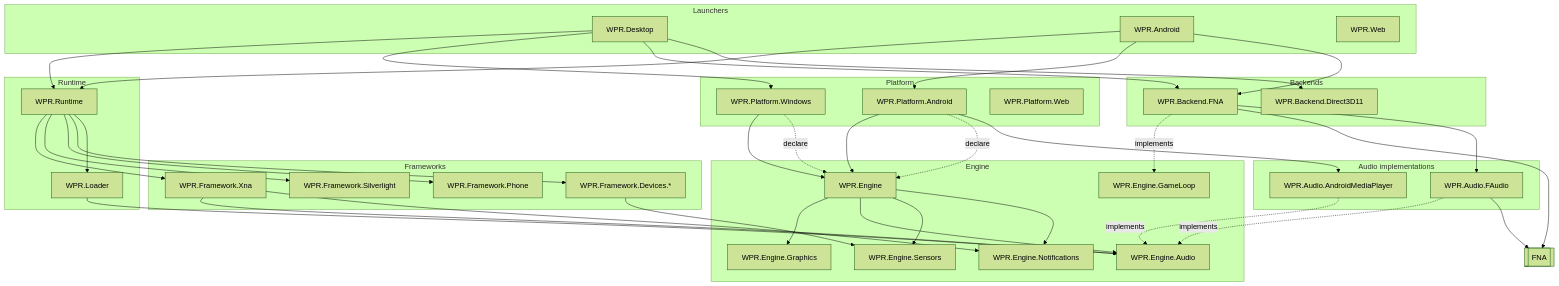
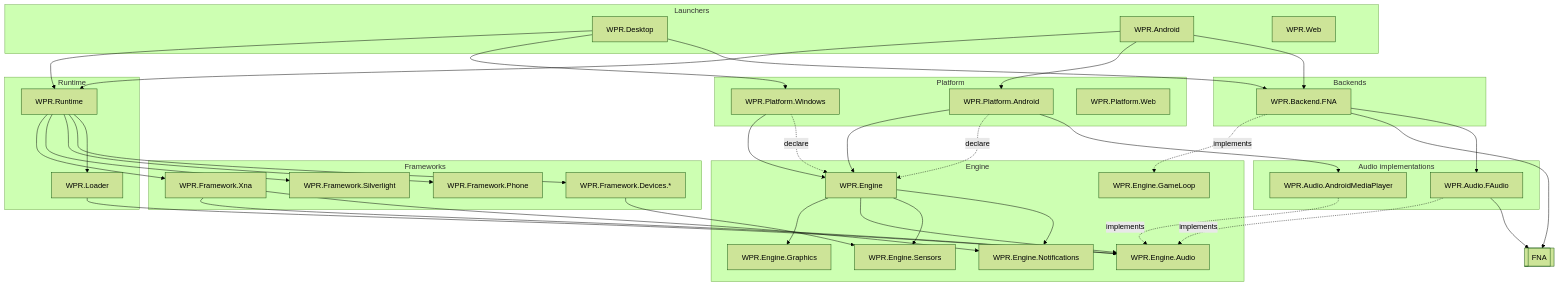
The diagram in Plans/ARCHITECTURE-MIGRATION.md (Bubbleshum/WPR), drawn with Mermaid (forest theme) before and after one commit. The commit also changed other lines of this file and 5 other files, not shown here.

First line of the commit message:
Docs: bring ARCHITECTURE and the plans up to date (RUNTIME-CONVERGENCE track 5)

````diff
--- a/Plans/ARCHITECTURE-MIGRATION.md
+++ b/Plans/ARCHITECTURE-MIGRATION.md
@@ -57,56 +70,55 @@
 ```mermaid
 graph TD
     subgraph Launchers
         DESK[WPR.Desktop]
         ANDR[WPR.Android]
         WEB[WPR.Web]
     end
     subgraph Platform
         PWIN[WPR.Platform.Windows]
         PAND[WPR.Platform.Android]
         PWEB[WPR.Platform.Web]
     end
     subgraph Runtime
         RUN[WPR.Runtime]
         LOAD[WPR.Loader]
     end
     subgraph Frameworks
         FXNA[WPR.Framework.Xna]
         FSL[WPR.Framework.Silverlight]
         FPH[WPR.Framework.Phone]
         FDEV[WPR.Framework.Devices.*]
     end
     subgraph Engine
         ENG[WPR.Engine]
         GFX[WPR.Engine.Graphics]
         AUD[WPR.Engine.Audio]
         SEN[WPR.Engine.Sensors]
         GLP[WPR.Engine.GameLoop]
         NOT[WPR.Engine.Notifications]
     end
     subgraph Backends
         BFNA[WPR.Backend.FNA]
-        BD3D[WPR.Backend.Direct3D11]
     end
     subgraph AudioImpl["Audio implementations"]
         AFAU[WPR.Audio.FAudio]
         AAMP[WPR.Audio.AndroidMediaPlayer]
     end
     FNA[[FNA]]
 
-    DESK --> RUN & PWIN & BFNA & BD3D
+    DESK --> RUN & PWIN & BFNA
     ANDR --> RUN & PAND & BFNA
     RUN --> FXNA & FSL & FPH & FDEV & LOAD
     ENG --> GFX & AUD & SEN & NOT
     FXNA --> AUD & NOT
     FDEV --> SEN
     LOAD --> AUD
     PWIN & PAND --> ENG
     BFNA -.implements.-> GLP
     PWIN & PAND -.declare.-> ENG
     BFNA --> FNA
     AFAU & AAMP -.implements.-> AUD
     BFNA --> AFAU
     PAND --> AAMP
     AFAU --> FNA
 ```
````
